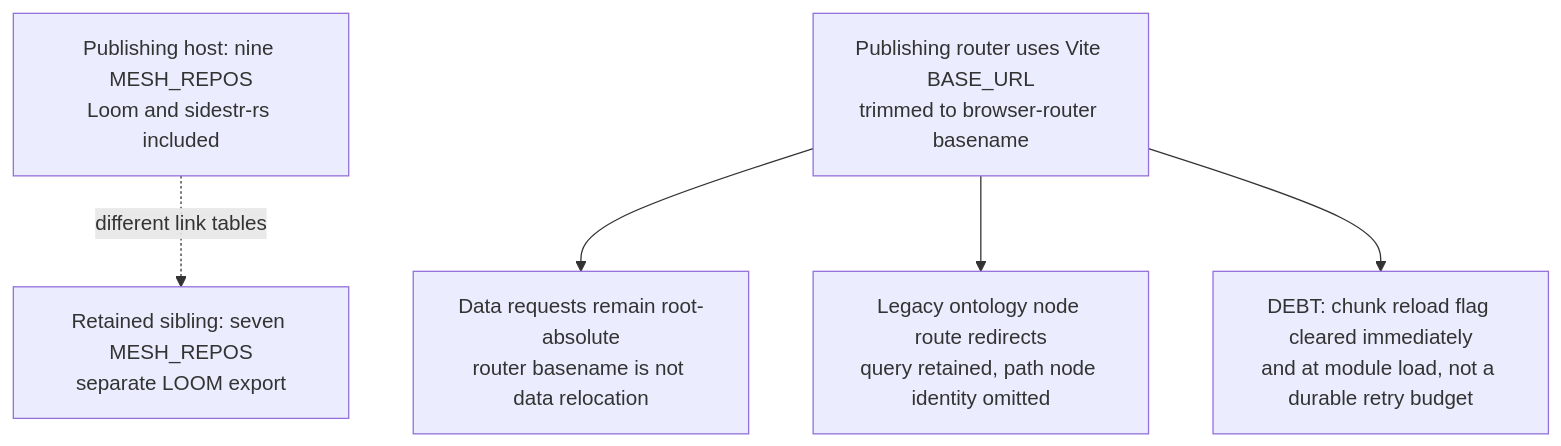
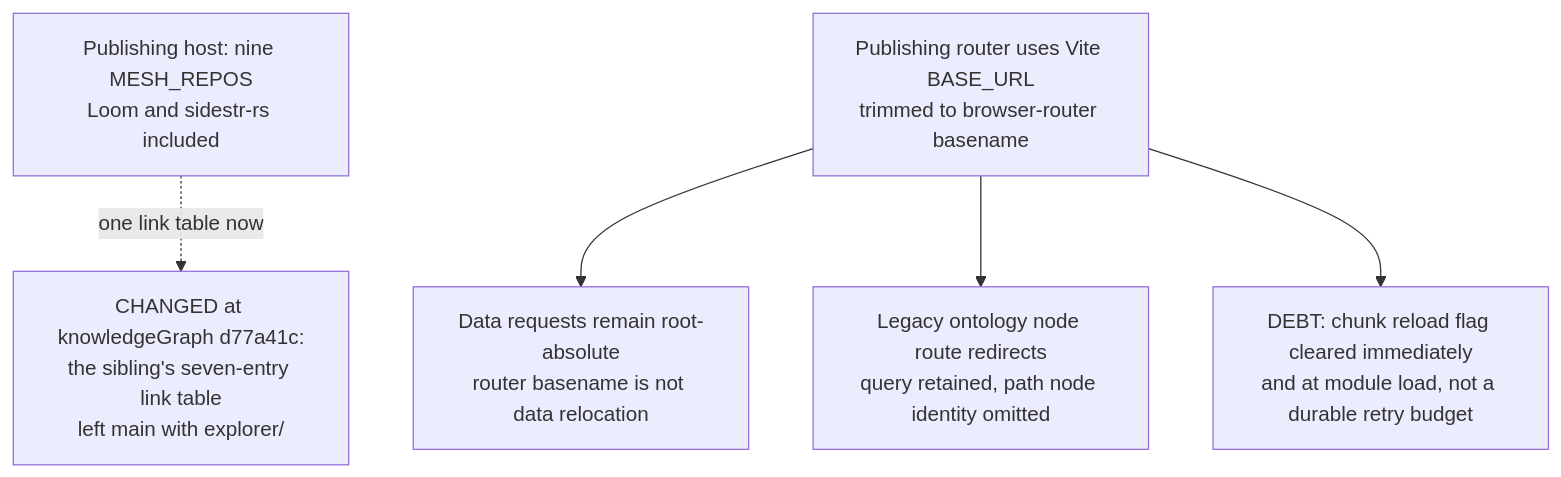
The fourth of 7 diagrams in docs/diagrams/visiongraph/06-shipping-explorer-duplication.md (DreamLab-AI/VisionFlow), drawn with Mermaid before and after one commit. The commit also changed other lines of this file and 11 other files, not shown here.

First line of the commit message:
docs(diagrams): visiongraph and knowledgegraph re-verified (explorer on vowl-wasm 0.4.0, knowledgeGraph explorer retired)

````diff
--- a/docs/diagrams/visiongraph/06-shipping-explorer-duplication.md
+++ b/docs/diagrams/visiongraph/06-shipping-explorer-duplication.md
@@ -121,21 +125,20 @@
 ```mermaid
 flowchart TB
     %% Source: ../visionGraph/publishing-tools/WasmVOWL/modern/src/site/mesh.ts:15
     %% Source: ../visionGraph/publishing-tools/WasmVOWL/modern/src/site/mesh.ts:22
     A["Publishing host: nine MESH_REPOS<br/>Loom and sidestr-rs included"]
-    %% Source: ../knowledgeGraph/explorer/modern/src/site/mesh.ts:15
-    %% Source: ../knowledgeGraph/explorer/modern/src/site/mesh.ts:38
-    B["Retained sibling: seven MESH_REPOS<br/>separate LOOM export"]
-    A -.->|"different link tables"| B
+    %% Source: ../knowledgeGraph/README.md:95
+    B["CHANGED at knowledgeGraph d77a41c:<br/>the sibling's seven-entry link table<br/>left main with explorer/"]
+    A -.->|"one link table now"| B
     %% Source: ../visionGraph/publishing-tools/WasmVOWL/modern/src/router.tsx:64
     %% Source: ../visionGraph/publishing-tools/WasmVOWL/modern/src/router.tsx:135
     C["Publishing router uses Vite BASE_URL<br/>trimmed to browser-router basename"]
     %% Source: ../visionGraph/publishing-tools/WasmVOWL/modern/src/api/pageService.ts:169
     C --> D["Data requests remain root-absolute<br/>router basename is not data relocation"]
     %% Source: ../visionGraph/publishing-tools/WasmVOWL/modern/src/router.tsx:48
     %% Source: ../visionGraph/publishing-tools/WasmVOWL/modern/src/router.tsx:108
     C --> E["Legacy ontology node route redirects<br/>query retained, path node identity omitted"]
     %% Source: ../visionGraph/publishing-tools/WasmVOWL/modern/src/router.tsx:19
     %% Source: ../visionGraph/publishing-tools/WasmVOWL/modern/src/router.tsx:32
     C --> F["DEBT: chunk reload flag cleared immediately<br/>and at module load, not a durable retry budget"]
 ```
````
